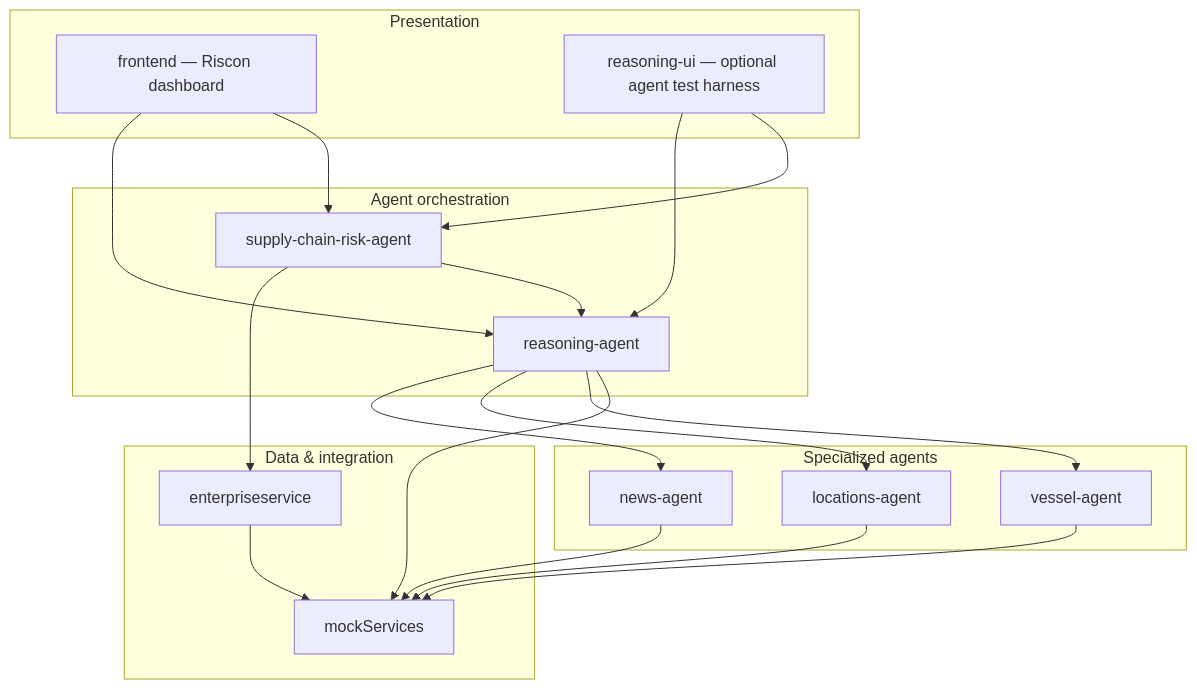
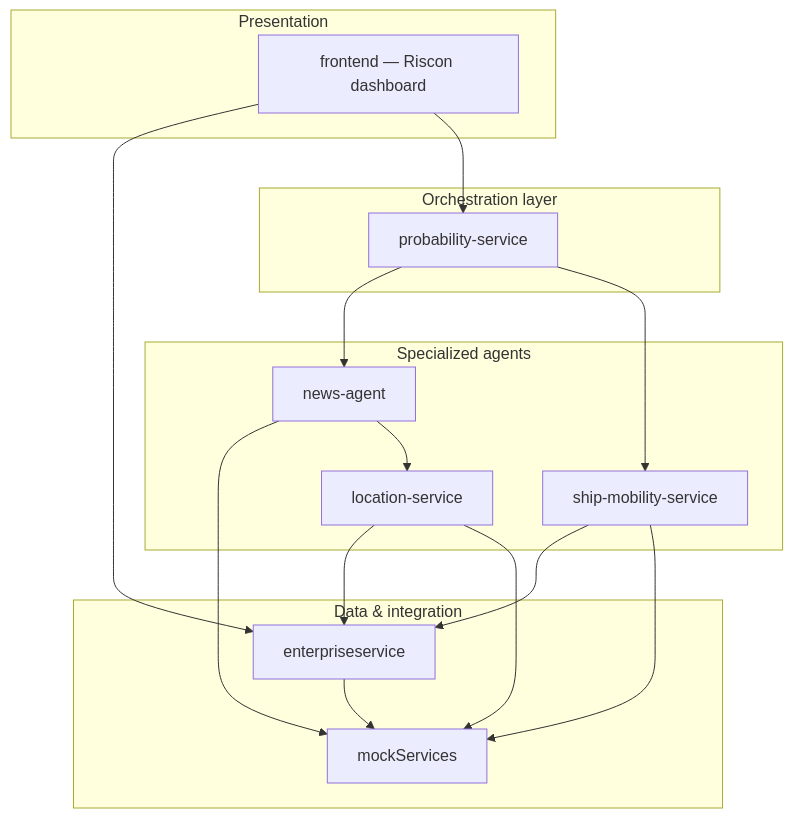
The second of 5 diagrams in README.md (balajimurugesan2016/CursorHackathon), drawn with Mermaid before and after one commit. The commit also changed other lines of this file and 1 other file, not shown here.

First line of the commit message:
docs: update README and agents documentation for service architecture and startup order

````diff
--- a/README.md
+++ b/README.md
@@ -94,38 +91,33 @@
 ```mermaid
 flowchart TB
   subgraph Presentation["Presentation"]
     FE["frontend — Riscon dashboard"]
-    RUI["reasoning-ui — optional agent test harness"]
   end
 
-  subgraph Orchestration["Agent orchestration"]
-    RA["reasoning-agent"]
-    SCR["supply-chain-risk-agent"]
+  subgraph Orchestration["Orchestration layer"]
+    PROB["probability-service"]
   end
 
   subgraph Specialized["Specialized agents"]
     NA["news-agent"]
-    LA["locations-agent"]
-    VA["vessel-agent"]
+    LOC["location-service"]
+    SM["ship-mobility-service"]
   end
 
   subgraph DataAndMock["Data & integration"]
     ENT["enterpriseservice"]
     MOCK["mockServices"]
   end
 
-  FE --> RA
-  FE --> SCR
-  RUI --> RA
-  RUI --> SCR
-  RA --> NA
-  RA --> LA
-  RA --> VA
-  RA --> MOCK
+  FE --> ENT
+  FE --> PROB
+  PROB --> NA
+  PROB --> SM
   NA --> MOCK
-  LA --> MOCK
-  VA --> MOCK
-  SCR --> ENT
-  SCR --> RA
+  NA --> LOC
+  LOC --> ENT
+  LOC --> MOCK
+  SM --> ENT
+  SM --> MOCK
   ENT --> MOCK
 ```
````
